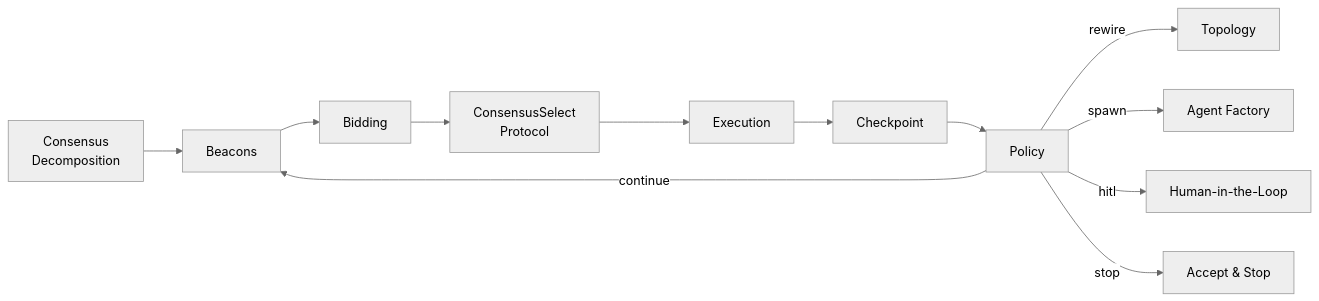
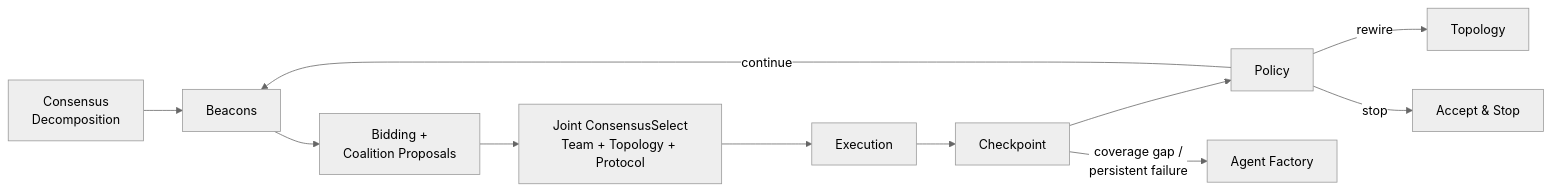
Before and after one commit to March-08/DiCWO: the diagram in docs/systems/dicwo.md, drawn with Mermaid (neutral theme). The commit also changed other lines of this file and 7 other files, not shown here.

First line of the commit message:
Refactor DiCWO to iteration-level loop with coalition proposals and joint consensus

````diff
--- a/docs/systems/dicwo.md
+++ b/docs/systems/dicwo.md
@@ -7,14 +7,13 @@
 ```mermaid
 graph LR
     D[Consensus<br/>Decomposition] --> B[Beacons]
-    B --> Bi[Bidding]
-    Bi --> CS[ConsensusSelect<br/>Protocol]
+    B --> Bi[Bidding +<br/>Coalition Proposals]
+    Bi --> CS[Joint ConsensusSelect<br/>Team + Topology + Protocol]
     CS --> E[Execution]
     E --> Ch[Checkpoint]
     Ch --> P[Policy]
     P -->|continue| B
     P -->|rewire| T[Topology]
-    P -->|spawn| F[Agent Factory]
-    P -->|hitl| H[Human-in-the-Loop]
     P -->|stop| S[Accept & Stop]
+    Ch -->|coverage gap /<br/>persistent failure| F[Agent Factory]
 ```
````
